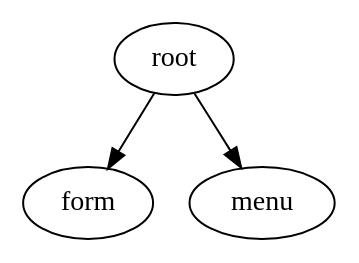
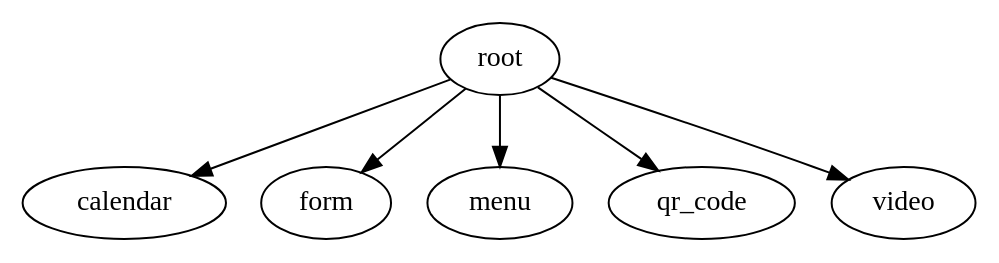
The diagram in features/module_graph/modules.dot (VitalyPerm/MobileUp-Android-Samples), drawn with Graphviz before and after one commit. The commit also changed 1 other file, not shown here.

Commit message:
Updated module graph

```diff
--- a/features/module_graph/modules.dot
+++ b/features/module_graph/modules.dot
@@ -1,7 +1,13 @@
 digraph {
+calendar
 form
 menu
+qr_code
 root
+video
+root -> calendar
 root -> form
 root -> menu
+root -> qr_code
+root -> video
 }
```
